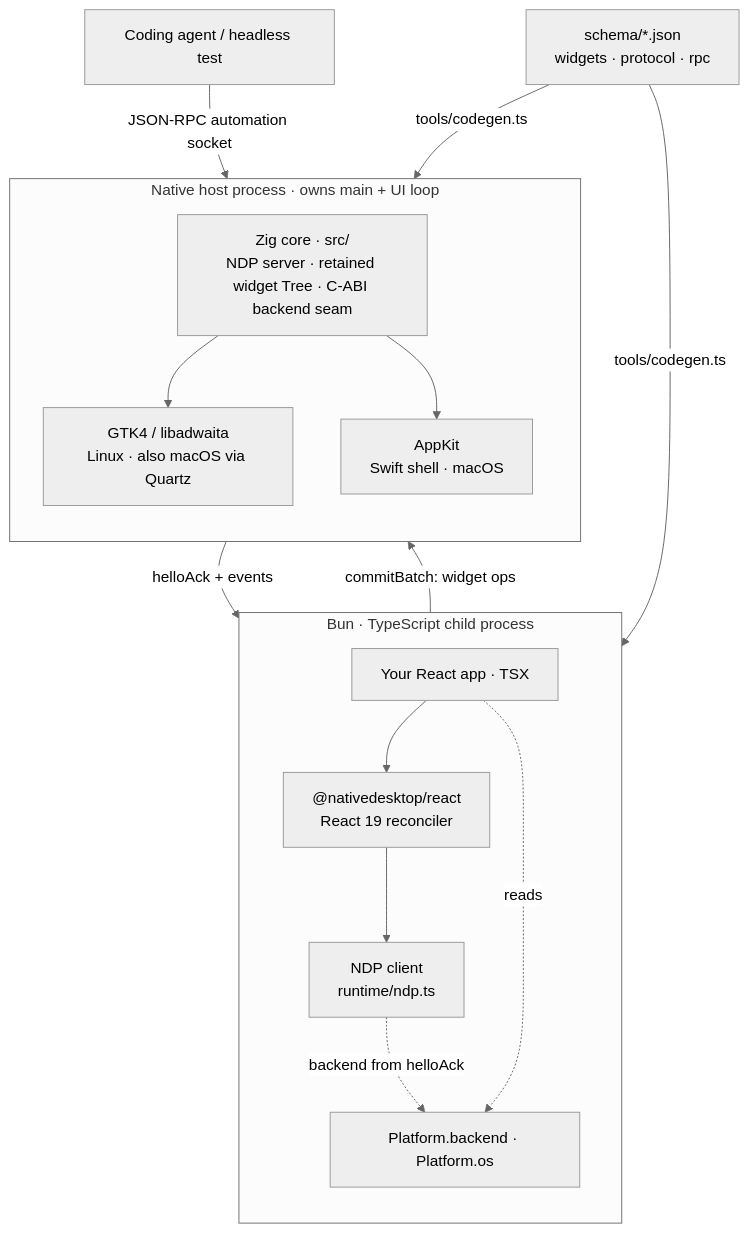
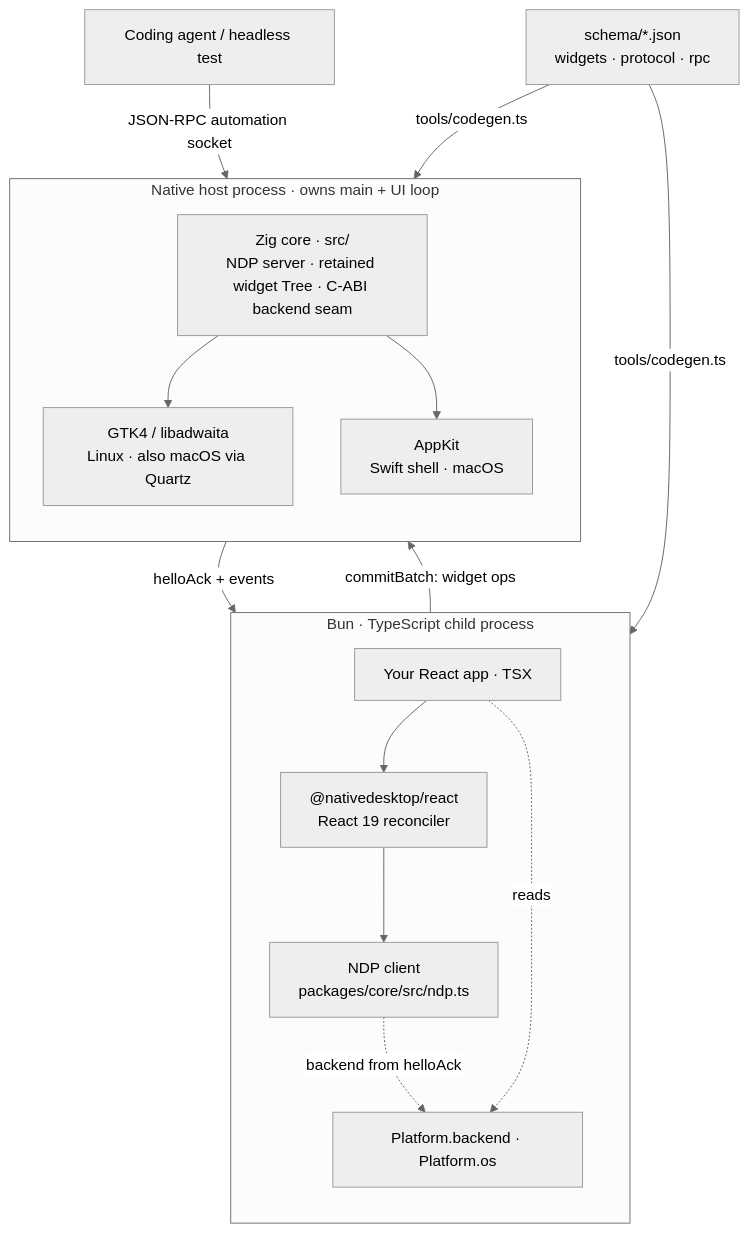
Before and after one commit to FormalSnake/NativeDesktop: the diagram in docs-site/src/content/docs/core-concepts/architecture.md, drawn with Mermaid (neutral theme). The commit also changed other lines of this file and 24 other files, not shown here.

Commit message:
refactor(core): move the ndp client into @nativedesktop/core and ship core as source

````diff
--- a/docs-site/src/content/docs/core-concepts/architecture.md
+++ b/docs-site/src/content/docs/core-concepts/architecture.md
@@ -12,29 +12,29 @@
 ```mermaid
 flowchart TB
     subgraph CHILD["Bun · TypeScript child process"]
         direction TB
         APP["Your React app · TSX"]
         RECON["@nativedesktop/react<br/>React 19 reconciler"]
-        NDPC["NDP client<br/>runtime/ndp.ts"]
+        NDPC["NDP client<br/>packages/core/src/ndp.ts"]
         PLAT["Platform.backend · Platform.os"]
         APP --> RECON --> NDPC
         NDPC -.->|"backend from helloAck"| PLAT
         APP -.->|reads| PLAT
     end
 
     subgraph HOST["Native host process · owns main + UI loop"]
         direction TB
         CORE["Zig core · src/<br/>NDP server · retained widget Tree · C-ABI backend seam"]
         GTK["GTK4 / libadwaita<br/>Linux · also macOS via Quartz"]
         APPKIT["AppKit<br/>Swift shell · macOS"]
         CORE --> GTK
         CORE --> APPKIT
     end
 
     NDPC -->|"commitBatch: widget ops"| CORE
     CORE -->|"helloAck + events"| NDPC
     AGENT["Coding agent / headless test"] -->|"JSON-RPC automation socket"| CORE
 
     SCHEMA["schema/*.json<br/>widgets · protocol · rpc"] -->|tools/codegen.ts| RECON
     SCHEMA -->|tools/codegen.ts| CORE
 ```
````
